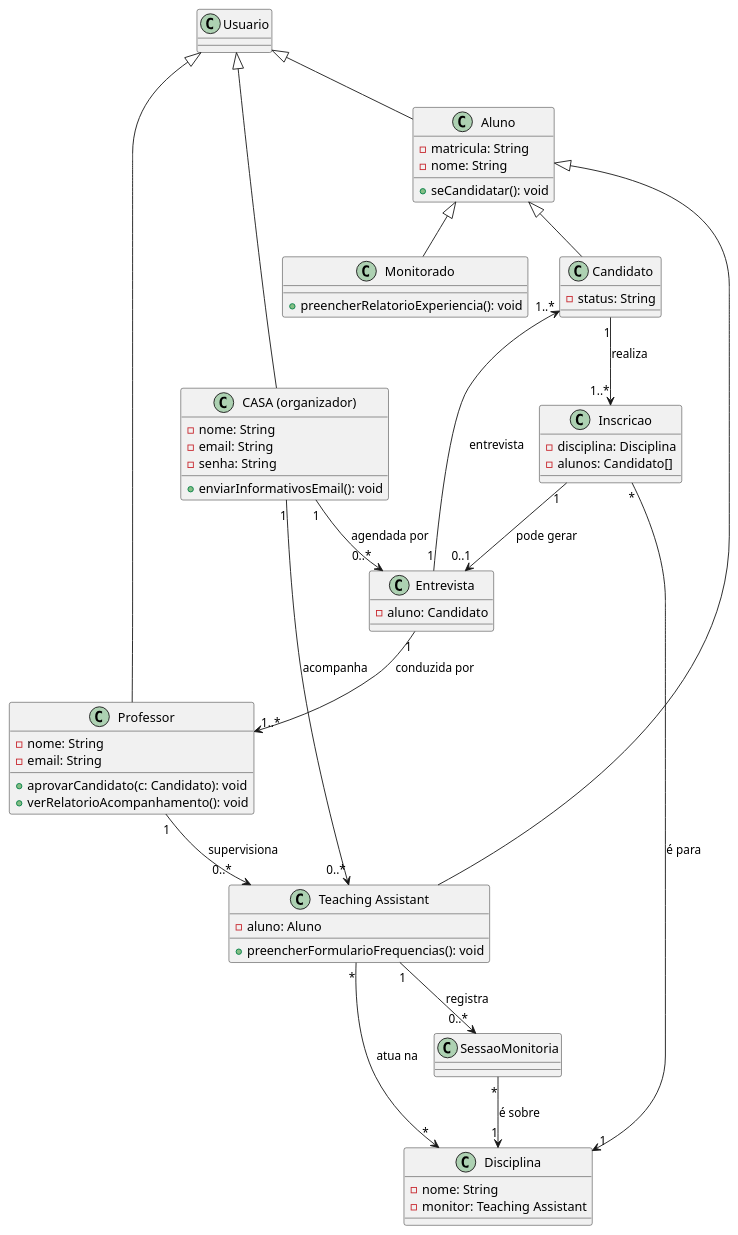
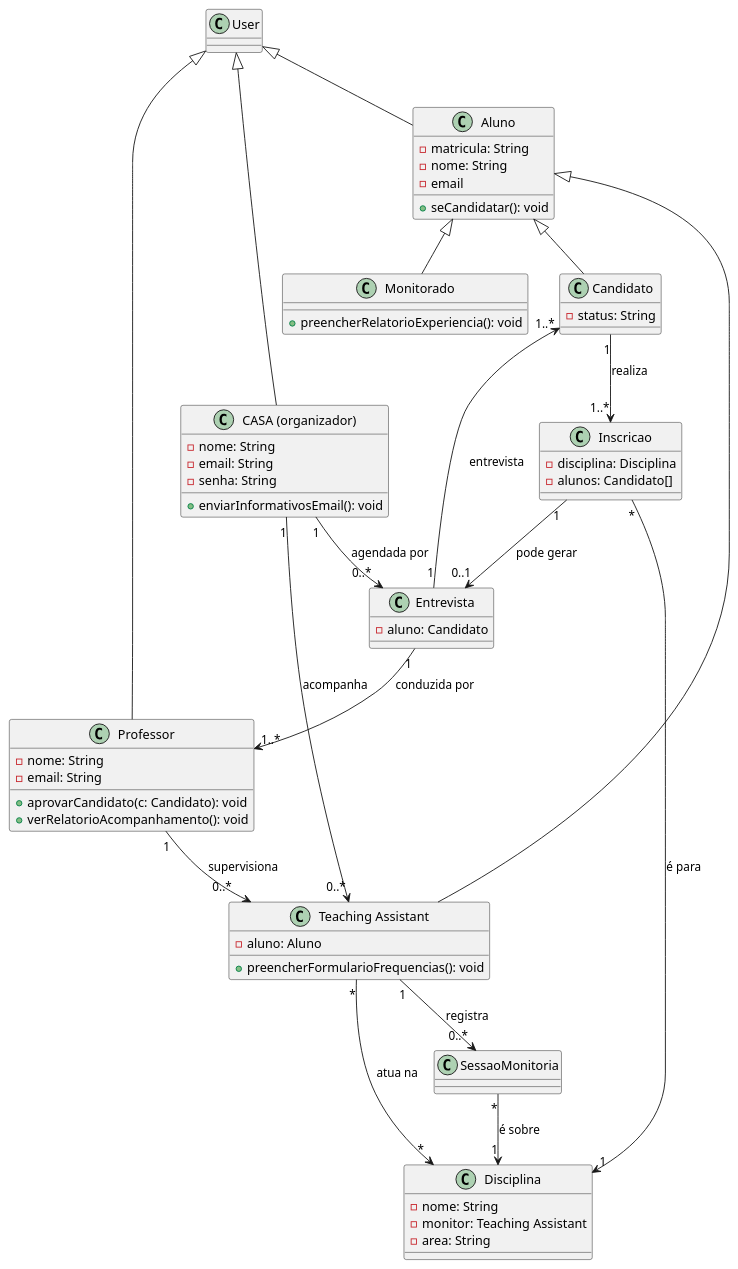
One commit to Projetos-de-Extensao/PBE_25.2_8004_Pioneiros changed the diagram in docs/Elaboracao/diagramaDeClasses.puml. Above: the diagram before and after it, drawn with PlantUML.

Commit message:
diagramaDeClasses alteração incial

```diff
--- a/docs/Elaboracao/diagramaDeClasses.puml
+++ b/docs/Elaboracao/diagramaDeClasses.puml
@@ -1,76 +1,78 @@
 @startuml
 
 ' Definição das classes
-class Usuario
+class User 
 class Aluno {
     - matricula: String
-    - nome: String  
+    - nome: String
+    - email
 
     + seCandidatar(): void
 }
 class Professor {
     - nome: String
     - email: String
 
     + aprovarCandidato(c: Candidato): void
     + verRelatorioAcompanhamento(): void
 
 }
 class "CASA (organizador)" as CASA {
     - nome: String
     - email: String
     - senha: String
     
     + enviarInformativosEmail(): void
 }
 class Candidato {
     - status: String
 }
 class Monitorado {
     + preencherRelatorioExperiencia(): void
 }
 class "Teaching Assistant" as TA {
     - aluno: Aluno
     + preencherFormularioFrequencias(): void
 }
 class Disciplina {
     - nome: String
     - monitor: Teaching Assistant
+    - area: String
 }
 class Inscricao {
     - disciplina: Disciplina
     - alunos: Candidato[]
 }
 class Entrevista {
     - aluno: Candidato
 }
 class SessaoMonitoria
 
 ' Relacionamentos de Herança (Generalização)
 ' Um Aluno, Professor e CASA são tipos de Usuário.
-Usuario <|-down- Aluno
-Usuario <|-down- Professor
-Usuario <|-down- CASA
+User <|-down- Aluno
+User <|-down- Professor
+User <|-down- CASA
 
 ' Candidato, Monitor e TA são papéis/especializações de um Aluno.
 Aluno <|-down- Candidato
 Aluno <|-down- Monitorado
 Aluno <|-down- TA
 
 ' Relacionamentos de Associação com Multiplicidade
 ' O fluxo de inscrição e entrevista
 Candidato "1" --> "1..*" Inscricao : realiza
 Inscricao "*" --> "1" Disciplina : é para
 Inscricao "1" --> "0..1" Entrevista : pode gerar
 Entrevista "1" --> "1..*" Candidato : entrevista
 Entrevista "1" --> "1..*" Professor : conduzida por
 CASA "1" --> "0..*" Entrevista : agendada por
 
 ' O fluxo de monitoria e acompanhamento
 TA "*" --> "*" Disciplina : atua na
 TA "1" --> "0..*" SessaoMonitoria : registra
 SessaoMonitoria "*" --> "1" Disciplina : é sobre
 Professor "1" --> "0..*" TA : supervisiona
 CASA "1" --> "0..*" TA : acompanha
 
 @enduml
```
